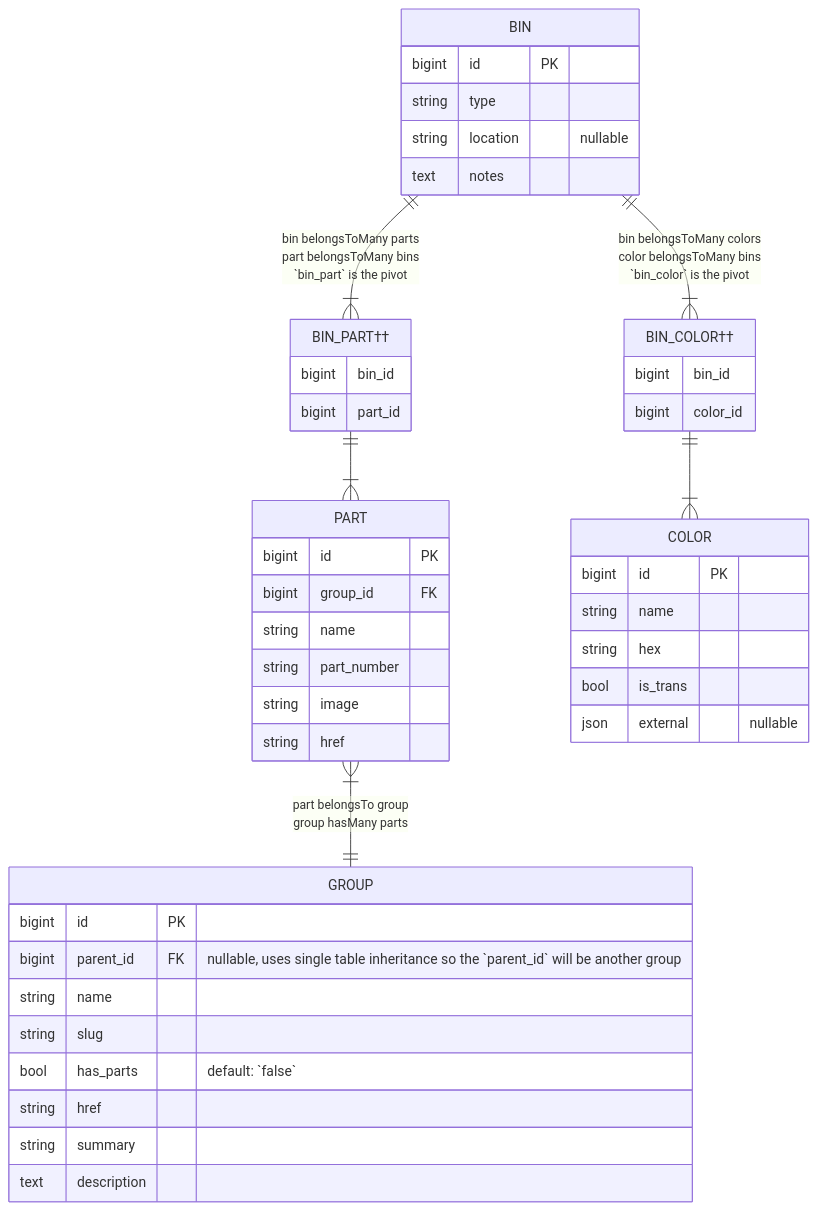
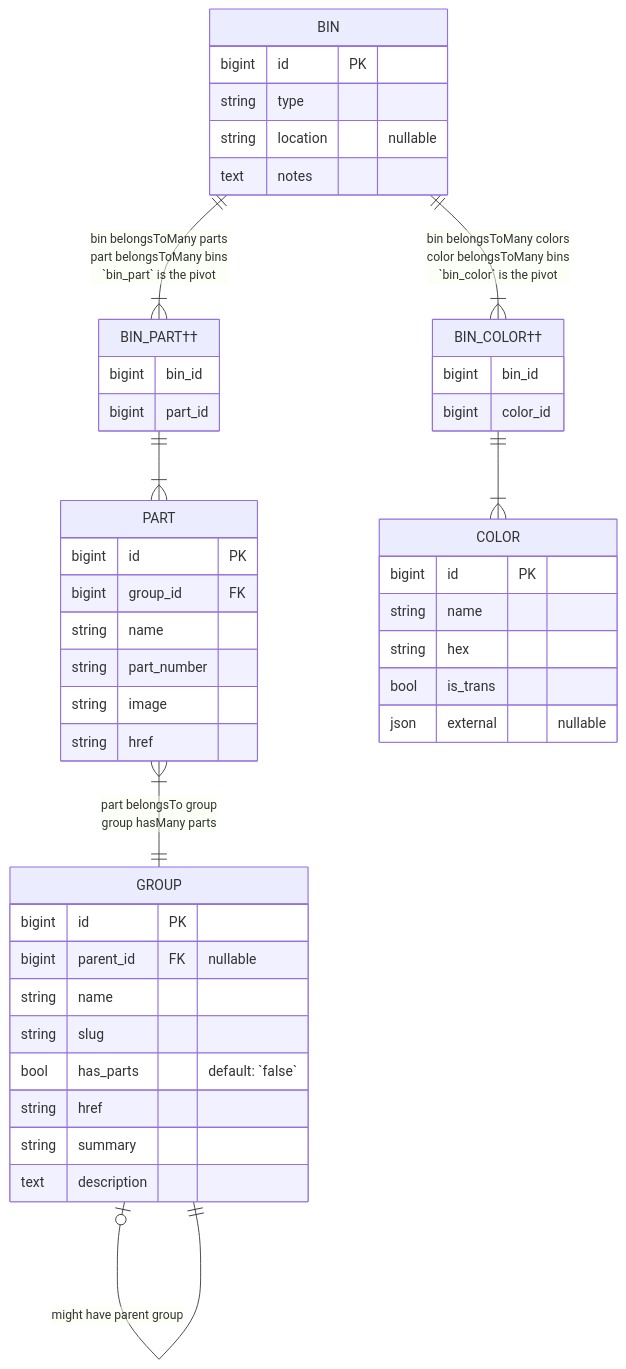
One commit to techenby/sunny changed the fifth of 5 diagrams in README.md. Above: the diagram before and after it, drawn with Mermaid.

Commit message:
Add single table inheritance to diagram

````diff
--- a/README.md
+++ b/README.md
@@ -139,47 +139,48 @@
 ```mermaid
 erDiagram
     PART }|--|| GROUP: "part belongsTo group<br/>group hasMany parts"
     BIN ||--|{ "BIN_PART††": "bin belongsToMany parts<br/>part belongsToMany bins<br/>`bin_part` is the pivot"
     "BIN_PART††" ||--|{ PART: ""
     BIN ||--|{ "BIN_COLOR††": "bin belongsToMany colors<br/>color belongsToMany bins<br/>`bin_color` is the pivot"
     "BIN_COLOR††" ||--|{ COLOR: ""
+    GROUP |o--|| GROUP: "might have parent group"
     PART {
         bigint id PK
         bigint group_id FK
         string name
         string part_number
         string image
         string href
     }
     COLOR {
         bigint id PK
         string name
         string hex
         bool is_trans
         json external "nullable"
     }
     GROUP {
         bigint id PK
-        bigint parent_id FK "nullable, uses single table inheritance so the `parent_id` will be another group"
+        bigint parent_id FK "nullable"
         string name
         string slug
         bool has_parts "default: `false`"
         string href
         string summary
         text description
     }
     BIN {
         bigint id PK
         string type
         string location "nullable"
         text notes
     }
     "BIN_COLOR††" {
         bigint bin_id
         bigint color_id
     }
     "BIN_PART††" {
         bigint bin_id
         bigint part_id
     }
 ```
````
